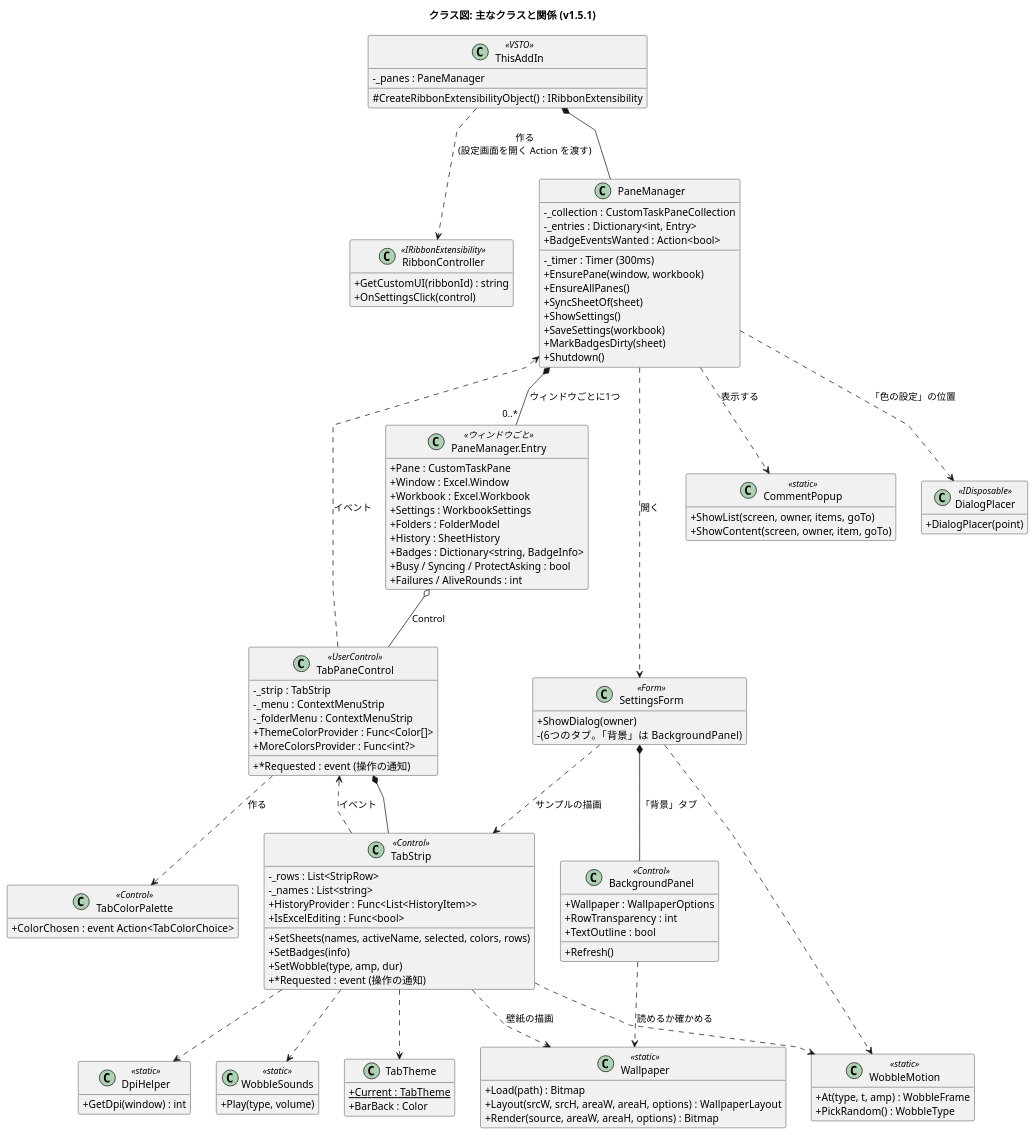
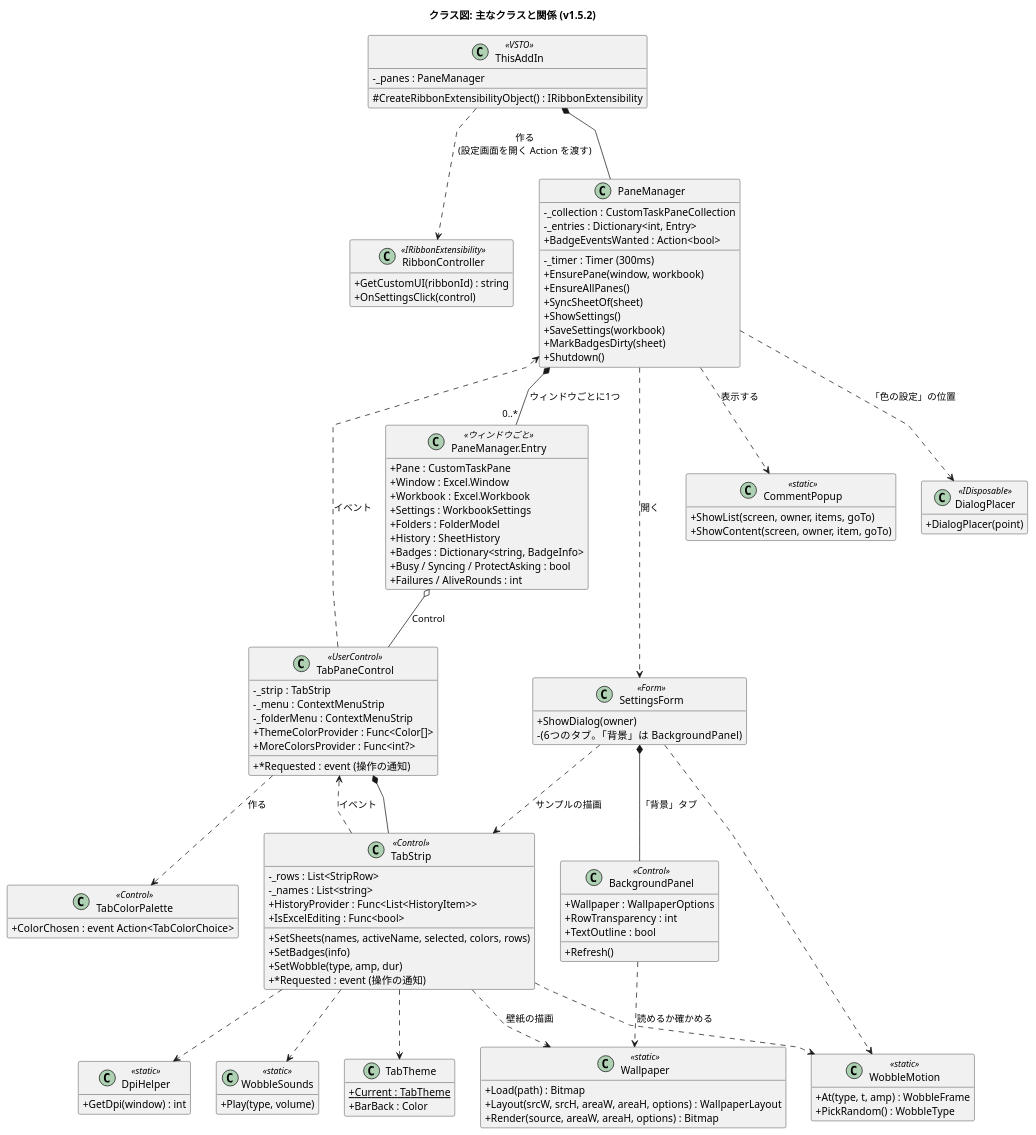
One commit to nk-taka623/VerticalSheetTabs changed the diagram in docs/class-structure.puml. Above: the diagram before and after it, drawn with PlantUML. The commit also changed 14 other files, not shown here.

```diff
--- a/docs/class-structure.puml
+++ b/docs/class-structure.puml
@@ -1,133 +1,133 @@
 @startuml
-title クラス図: 主なクラスと関係 (v1.5.1)
+title クラス図: 主なクラスと関係 (v1.5.2)
 skinparam shadowing false
 skinparam classAttributeIconSize 0
 skinparam linetype polyline
 hide empty members
 
 class ThisAddIn <<VSTO>> {
   -_panes : PaneManager
   #CreateRibbonExtensibilityObject() : IRibbonExtensibility
 }
 
 class RibbonController <<IRibbonExtensibility>> {
   +GetCustomUI(ribbonId) : string
   +OnSettingsClick(control)
 }
 
 class PaneManager {
   -_collection : CustomTaskPaneCollection
   -_entries : Dictionary<int, Entry>
   -_timer : Timer (300ms)
   +BadgeEventsWanted : Action<bool>
   +EnsurePane(window, workbook)
   +EnsureAllPanes()
   +SyncSheetOf(sheet)
   +ShowSettings()
   +SaveSettings(workbook)
   +MarkBadgesDirty(sheet)
   +Shutdown()
 }
 
 class "PaneManager.Entry" as Entry <<ウィンドウごと>> {
   +Pane : CustomTaskPane
   +Window : Excel.Window
   +Workbook : Excel.Workbook
   +Settings : WorkbookSettings
   +Folders : FolderModel
   +History : SheetHistory
   +Badges : Dictionary<string, BadgeInfo>
   +Busy / Syncing / ProtectAsking : bool
   +Failures / AliveRounds : int
 }
 
 class TabPaneControl <<UserControl>> {
   -_strip : TabStrip
   -_menu : ContextMenuStrip
   -_folderMenu : ContextMenuStrip
   +ThemeColorProvider : Func<Color[]>
   +MoreColorsProvider : Func<int?>
   +*Requested : event (操作の通知)
 }
 
 class TabStrip <<Control>> {
   -_rows : List<StripRow>
   -_names : List<string>
   +SetSheets(names, activeName, selected, colors, rows)
   +SetBadges(info)
   +SetWobble(type, amp, dur)
   +*Requested : event (操作の通知)
   +HistoryProvider : Func<List<HistoryItem>>
   +IsExcelEditing : Func<bool>
 }
 
 class TabColorPalette <<Control>> {
   +ColorChosen : event Action<TabColorChoice>
 }
 
 class SettingsForm <<Form>> {
   +ShowDialog(owner)
   -(6つのタブ。「背景」は BackgroundPanel)
 }
 
 class BackgroundPanel <<Control>> {
   +Wallpaper : WallpaperOptions
   +RowTransparency : int
   +TextOutline : bool
   +Refresh()
 }
 
 class Wallpaper <<static>> {
   +Load(path) : Bitmap
   +Layout(srcW, srcH, areaW, areaH, options) : WallpaperLayout
   +Render(source, areaW, areaH, options) : Bitmap
 }
 
 class CommentPopup <<static>> {
   +ShowList(screen, owner, items, goTo)
   +ShowContent(screen, owner, item, goTo)
 }
 
 class DialogPlacer <<IDisposable>> {
   +DialogPlacer(point)
 }
 
 class TabTheme {
   +Current : TabTheme {static}
   +BarBack : Color
 }
 
 class DpiHelper <<static>> {
   +GetDpi(window) : int
 }
 
 class WobbleMotion <<static>> {
   +At(type, t, amp) : WobbleFrame
   +PickRandom() : WobbleType
 }
 
 class WobbleSounds <<static>> {
   +Play(type, volume)
 }
 
 ThisAddIn *-- PaneManager
 ThisAddIn ..> RibbonController : 作る\n(設定画面を開く Action を渡す)
 PaneManager *-- "0..*" Entry : ウィンドウごとに1つ
 Entry o-- TabPaneControl : Control
 TabPaneControl *-- TabStrip
 TabPaneControl ..> TabColorPalette : 作る
 TabStrip ..> TabPaneControl : イベント
 TabPaneControl ..> PaneManager : イベント
 PaneManager ..> SettingsForm : 開く
 PaneManager ..> CommentPopup : 表示する
 PaneManager ..> DialogPlacer : 「色の設定」の位置
 SettingsForm ..> TabStrip : サンプルの描画
 TabStrip ..> TabTheme
 TabStrip ..> DpiHelper
 TabStrip ..> WobbleMotion
 TabStrip ..> WobbleSounds
 SettingsForm ..> WobbleMotion
 SettingsForm *-- BackgroundPanel : 「背景」タブ
 BackgroundPanel ..> Wallpaper : 読めるか確かめる
 TabStrip ..> Wallpaper : 壁紙の描画
 @enduml
```
